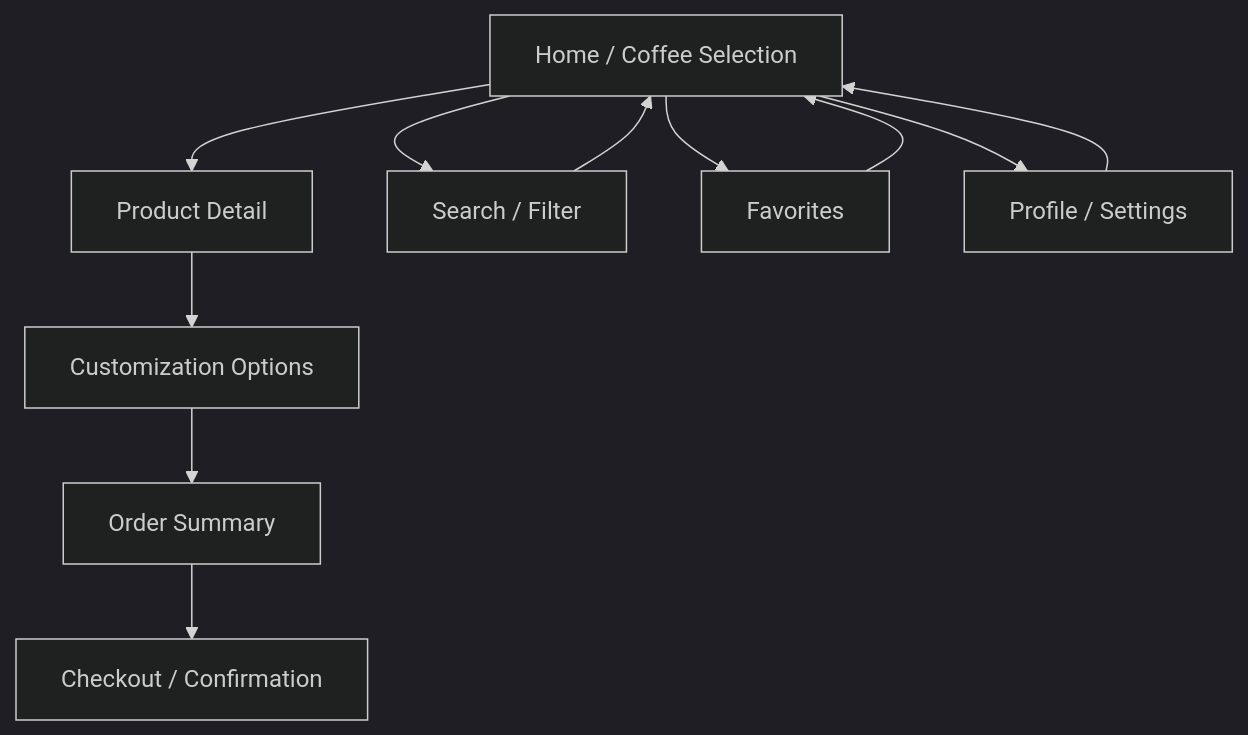
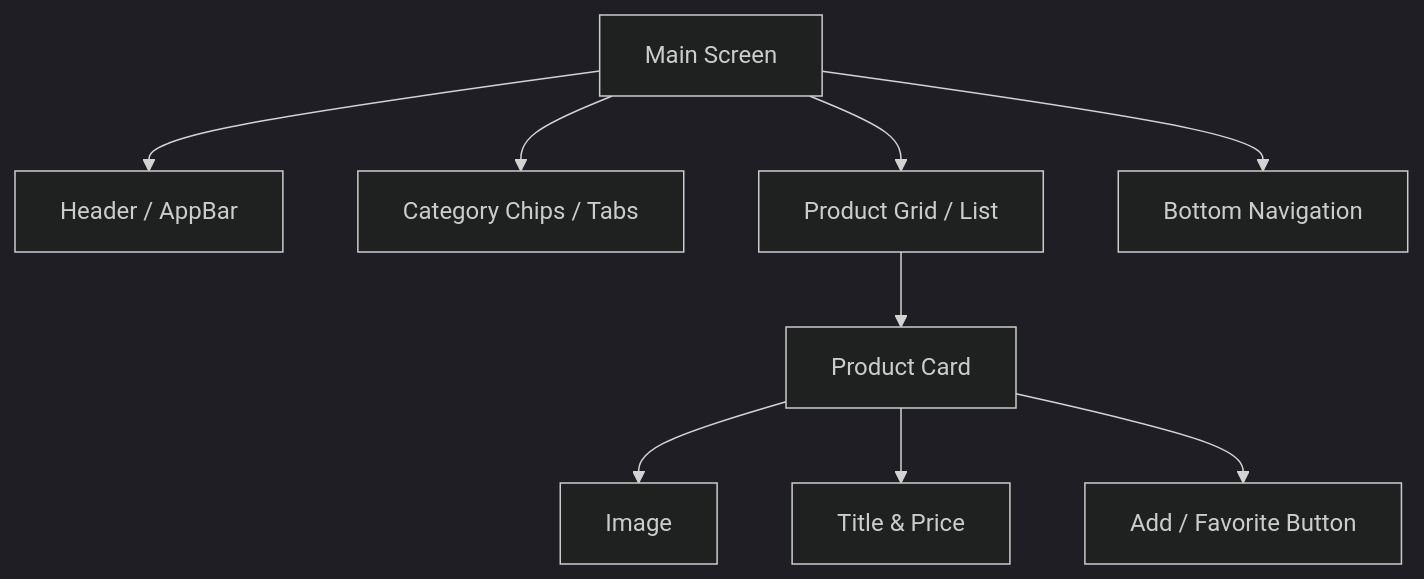
One commit to shatilsarower/shatilsarower.github.io changed diagram 11 of 12 in README.md. Above: the diagram before and after it, drawn with Mermaid (dark theme). The commit also changed other lines of this file, not shown here.

First line of the commit message:
Revise README for improved clarity and detail

````diff
--- a/README.md
+++ b/README.md
@@ -442,16 +459,12 @@
 ```mermaid
 flowchart TD
-    A[Home / Coffee Selection] --> B[Product Detail]
-    B --> C[Customization Options]
-    C --> D[Order Summary]
-    D --> E[Checkout / Confirmation]
+    A[Main Screen] --> B[Header / AppBar]
+    A --> C[Category Chips / Tabs]
+    A --> D[Product Grid / List]
+    A --> E[Bottom Navigation]
 
-    A --> F[Search / Filter]
-    F --> A
-
-    A --> G[Favorites]
-    G --> A
-
-    A --> H[Profile / Settings]
-    H --> A
+    D --> F[Product Card]
+    F --> G[Image]
+    F --> H[Title & Price]
+    F --> I[Add / Favorite Button]
 ```
````
